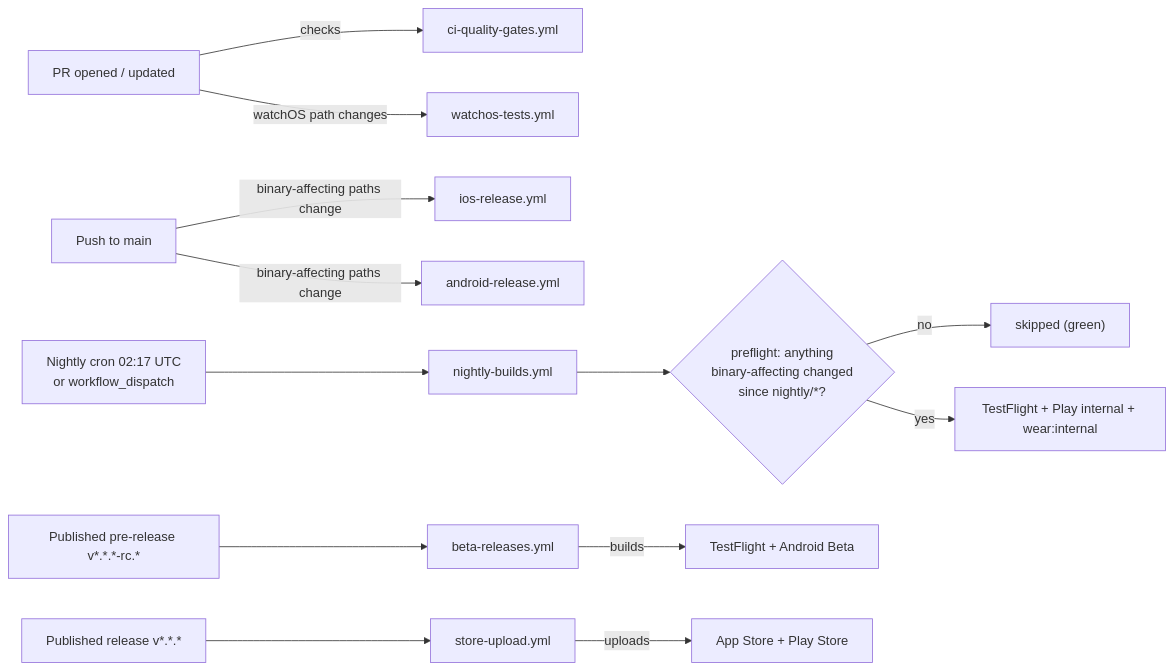
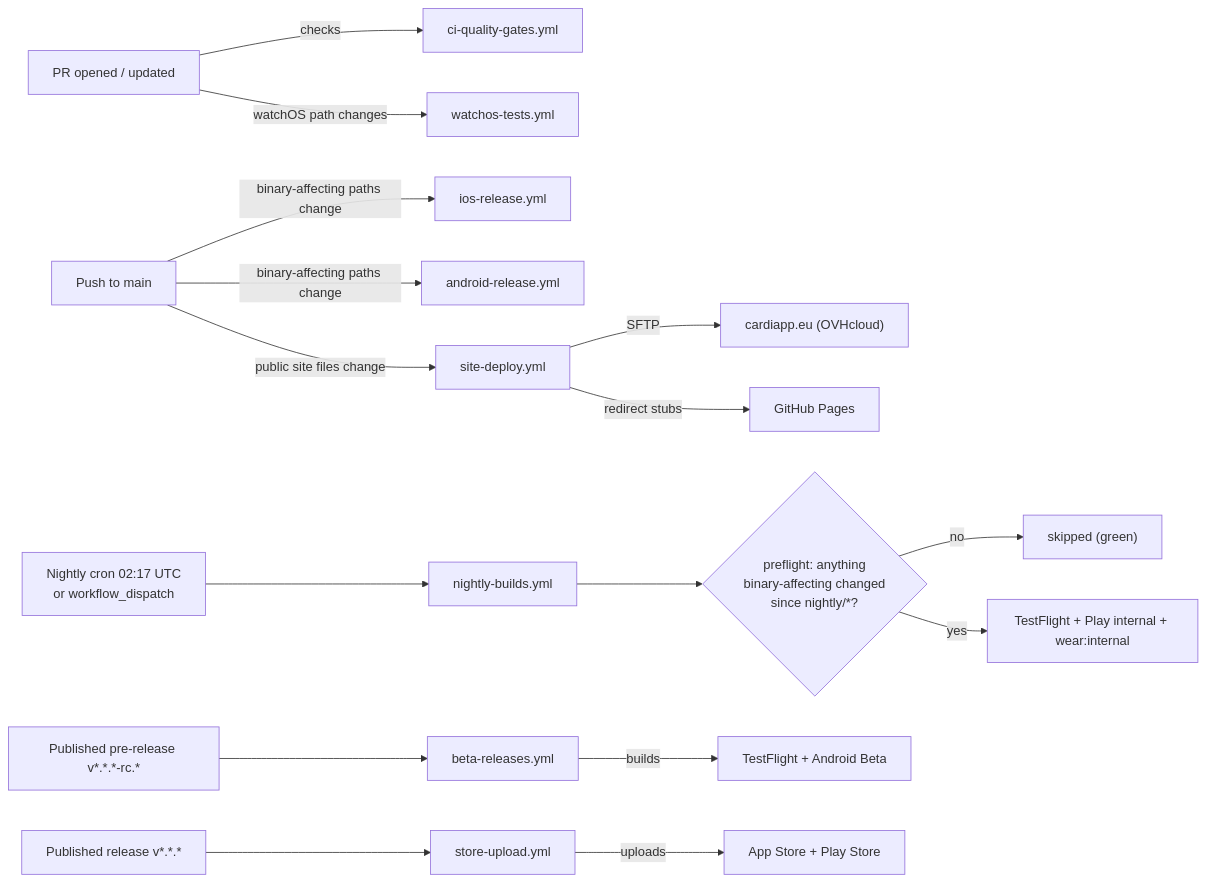
Before and after one commit to ifero/cardi-loyalty-cards: the diagram in docs/cicd.md, drawn with Mermaid. The commit also changed other lines of this file and 9 other files, not shown here.

First line of the commit message:
feat(site): migrate the public site to cardiapp.eu (Story 18.9) (#305)

````diff
--- a/docs/cicd.md
+++ b/docs/cicd.md
@@ -34,15 +37,18 @@
 ```mermaid
 flowchart LR
   PR["PR opened / updated"] -->|checks| QG["ci-quality-gates.yml"]
   PR -->|watchOS path changes| WT["watchos-tests.yml"]
   PUSH["Push to main"] -->|binary-affecting paths change| IOSA["ios-release.yml"]
   PUSH -->|binary-affecting paths change| ANDA["android-release.yml"]
   RCREL["Published pre-release v*.*.*-rc.*"] --> BETA["beta-releases.yml"]
   RELREL["Published release v*.*.*"] --> STORE["store-upload.yml"]
+  PUSH -->|public site files change| SITE["site-deploy.yml"]
+  SITE -->|SFTP| OVH["cardiapp.eu (OVHcloud)"]
+  SITE -->|redirect stubs| PAGES["GitHub Pages"]
   CRON["Nightly cron 02:17 UTC<br/>or workflow_dispatch"] --> NIGHTLY["nightly-builds.yml"]
   NIGHTLY --> PRE{"preflight: anything<br/>binary-affecting changed<br/>since nightly/*?"}
   PRE -->|no| SKIP["skipped (green)"]
   PRE -->|yes| NB["TestFlight + Play internal + wear:internal"]
   BETA -->|builds| TF["TestFlight + Android Beta"]
   STORE -->|uploads| STORE2["App Store + Play Store"]
 ```
````
